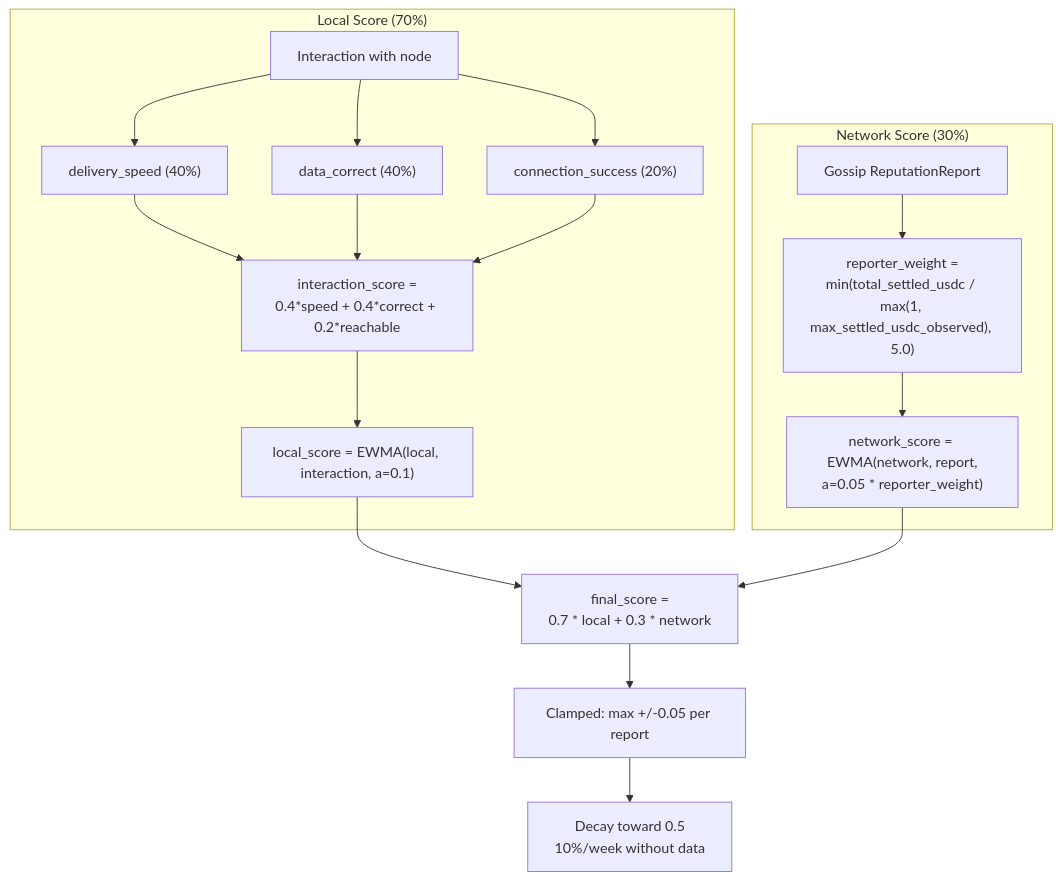
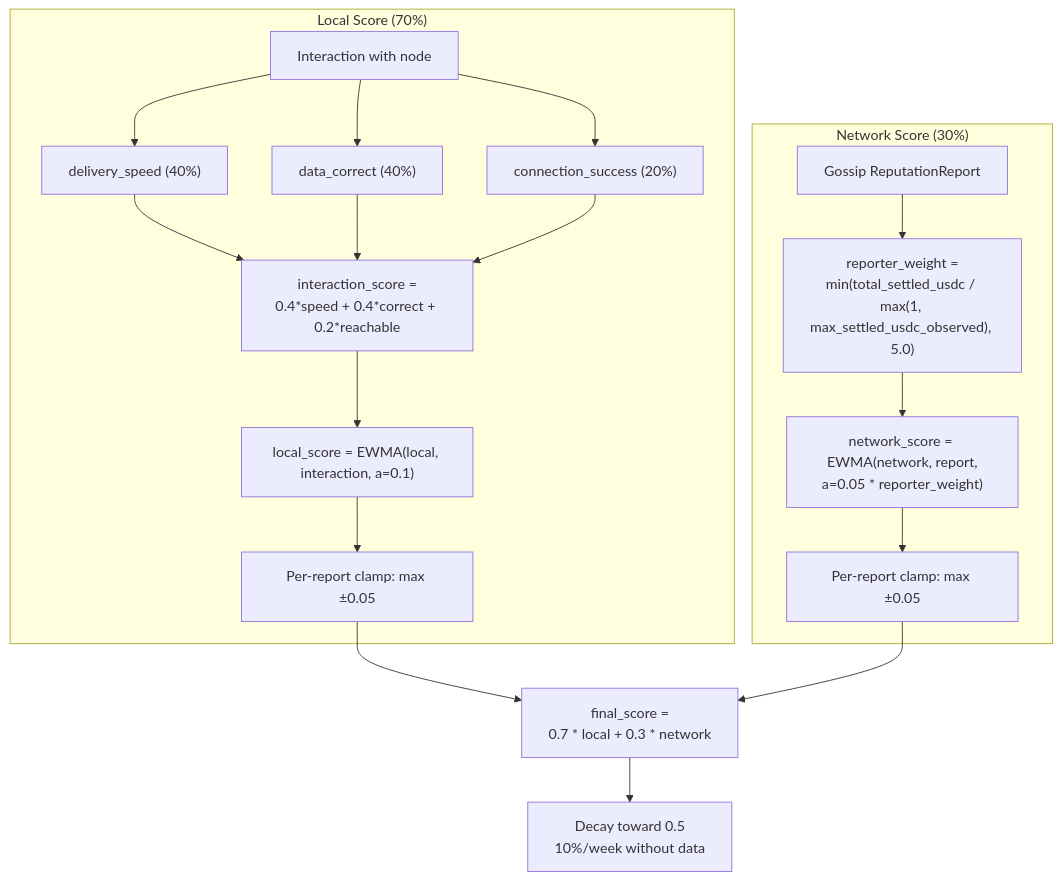
The first of 2 diagrams in adr/008-reputation.md (decdn/decdn), drawn with Mermaid before and after one commit. The commit also changed other lines of this file, not shown here.

Commit message:
docs: document score clamping and EWMA interaction in ADR 008 (#108)
* docs: document score clamping and EWMA interaction in ADR 008

The 0.05 per-report clamp and EWMA alpha overlap in non-obvious ways —
for local scores the clamp only binds at large score gaps (>0.5), while
for network scores with high-weight reporters it is the primary rate
limiter. This was undocumented, creating ambiguity for implementers.

* docs: fix diagram/text consistency for per-report clamping (ADR 008)

Move clamp nodes in the Mermaid diagram from after final_score to after
each component EWMA, matching the text which describes per-report
clamping on local_score and network_score independently. Clarify which
scores are clamped and use "per-report clamping" terminology consistently.

Addresses review feedback from gemini-code-assist and copilot.

---------

````diff
--- a/adr/008-reputation.md
+++ b/adr/008-reputation.md
@@ -70,23 +70,24 @@
 ```mermaid
 flowchart TD
     subgraph Local["Local Score (70%)"]
         I[Interaction with node] --> M1["delivery_speed (40%)"]
         I --> M2["data_correct (40%)"]
         I --> M3["connection_success (20%)"]
         M1 --> IS["interaction_score =<br/>0.4*speed + 0.4*correct + 0.2*reachable"]
         M2 --> IS
         M3 --> IS
         IS --> EWMA1["local_score = EWMA(local, interaction, a=0.1)"]
+        EWMA1 --> CLAMP1["Per-report clamp: max ±0.05"]
     end
 
     subgraph Network["Network Score (30%)"]
         GR[Gossip ReputationReport] --> RW["reporter_weight =<br/>min(total_settled_usdc / max(1, max_settled_usdc_observed), 5.0)"]
         RW --> EWMA2["network_score = EWMA(network, report,<br/>a=0.05 * reporter_weight)"]
+        EWMA2 --> CLAMP2["Per-report clamp: max ±0.05"]
     end
 
-    EWMA1 --> FINAL["final_score =<br/>0.7 * local + 0.3 * network"]
-    EWMA2 --> FINAL
+    CLAMP1 --> FINAL["final_score =<br/>0.7 * local + 0.3 * network"]
+    CLAMP2 --> FINAL
 
-    FINAL --> CLAMP["Clamped: max +/-0.05 per report"]
-    CLAMP --> DECAY["Decay toward 0.5<br/>10%/week without data"]
+    FINAL --> DECAY["Decay toward 0.5<br/>10%/week without data"]
 ```
````
